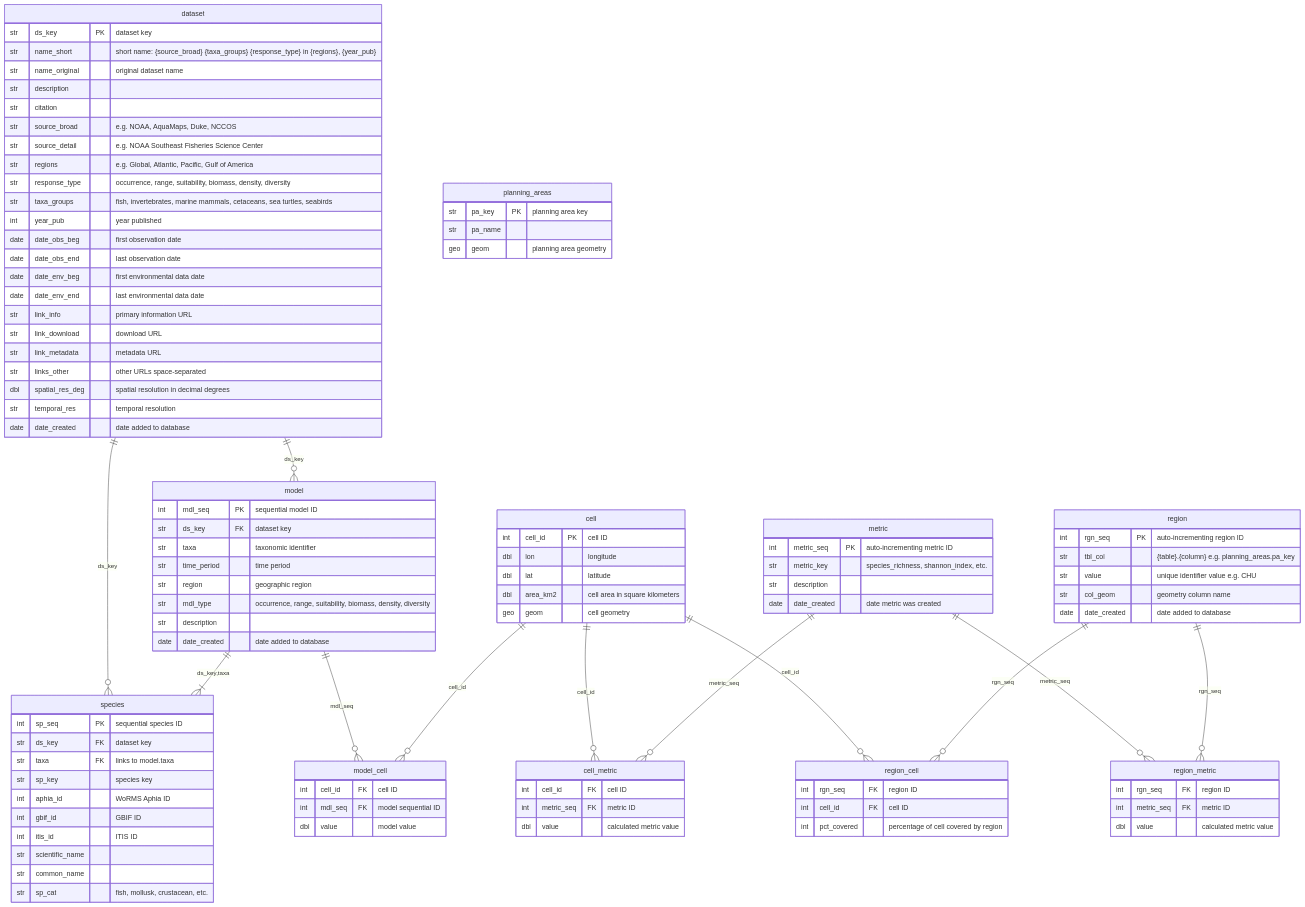
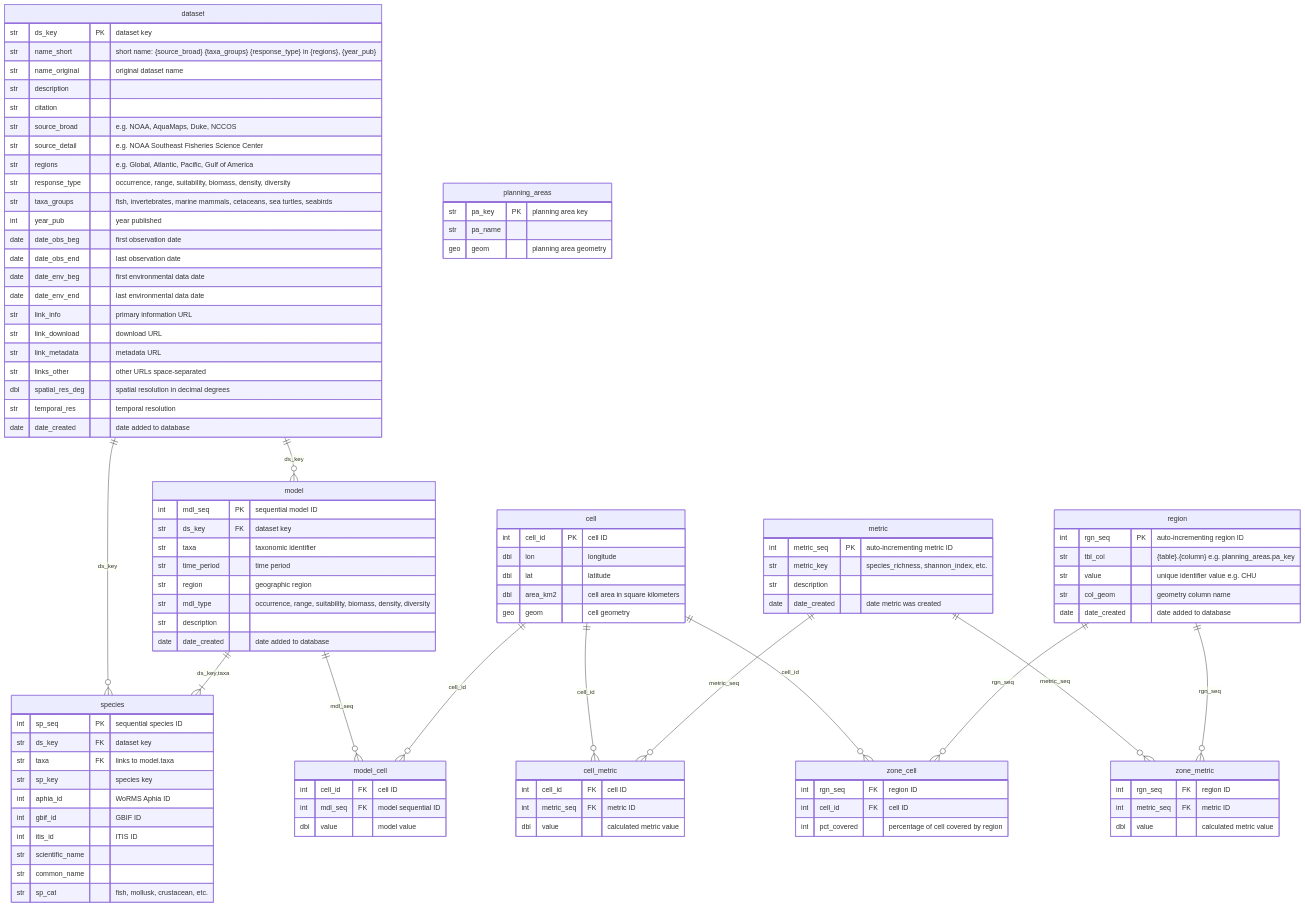
Before and after one commit to MarineSensitivity/workflows: the diagram in ingest_aquamaps_to_sdm_duckdb.qmd, drawn with Mermaid. The commit also changed other lines of this file, not shown here.

Commit message:
cleanup: region* -> zone*; rm old

````diff
--- a/ingest_aquamaps_to_sdm_duckdb.qmd
+++ b/ingest_aquamaps_to_sdm_duckdb.qmd
@@ -150,13 +150,13 @@
   date date_created       "date added to database"
 }
 
-region_metric {
+zone_metric {
   int rgn_seq         FK  "region ID"
   int metric_seq      FK  "metric ID"
   dbl value               "calculated metric value"
 }
 
-region_cell {
+zone_cell {
   int rgn_seq         FK  "region ID"
   int cell_id         FK  "cell ID"
   int pct_covered         "percentage of cell covered by region"
@@ -175,9 +175,9 @@
 model ||--o{ model_cell : mdl_seq
 cell ||--o{ model_cell : cell_id
 cell ||--o{ cell_metric : cell_id
-cell ||--o{ region_cell : cell_id
+cell ||--o{ zone_cell : cell_id
 metric ||--o{ cell_metric : metric_seq
-metric ||--o{ region_metric : metric_seq
-region ||--o{ region_metric : rgn_seq
-region ||--o{ region_cell : rgn_seq
+metric ||--o{ zone_metric : metric_seq
+region ||--o{ zone_metric : rgn_seq
+region ||--o{ zone_cell : rgn_seq
 ```
````
